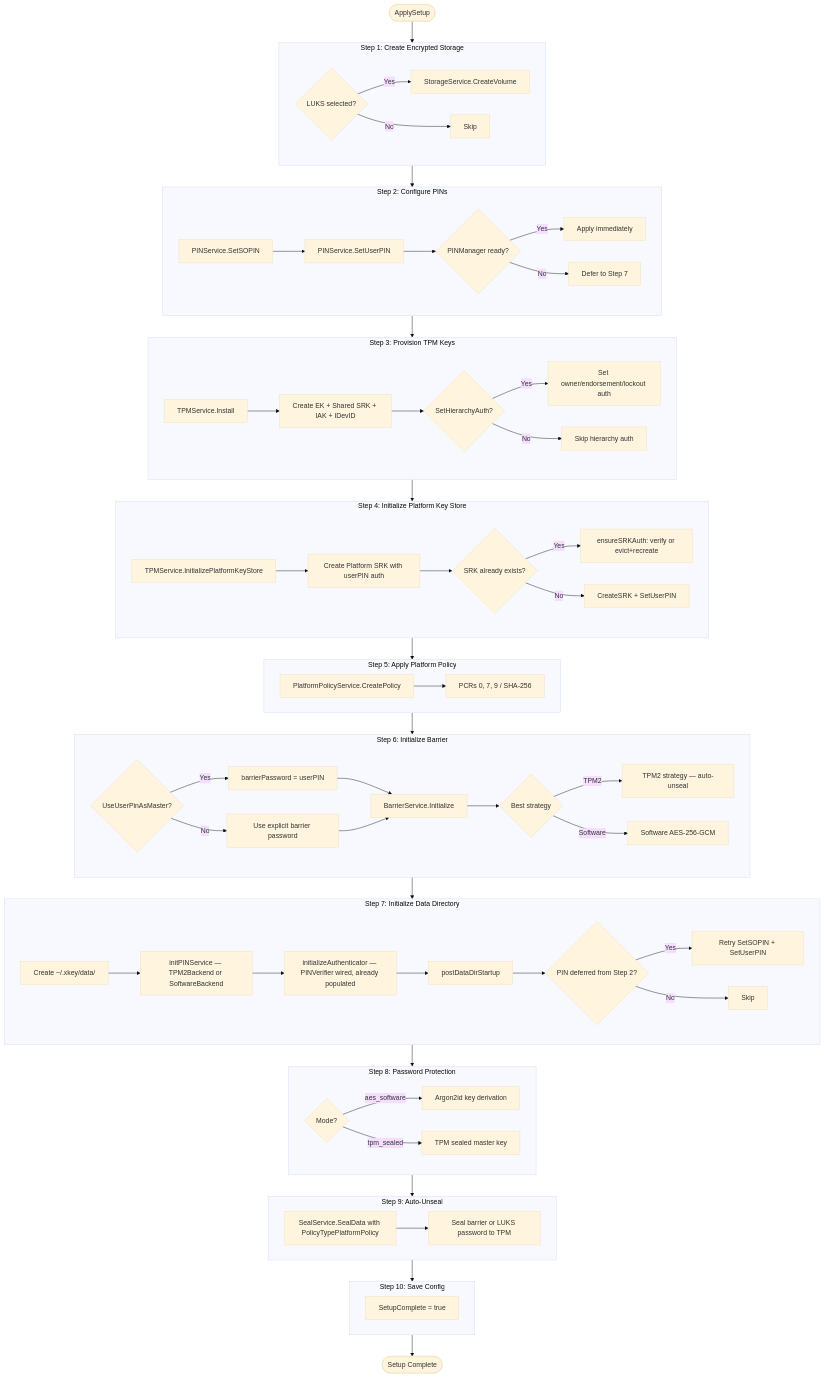
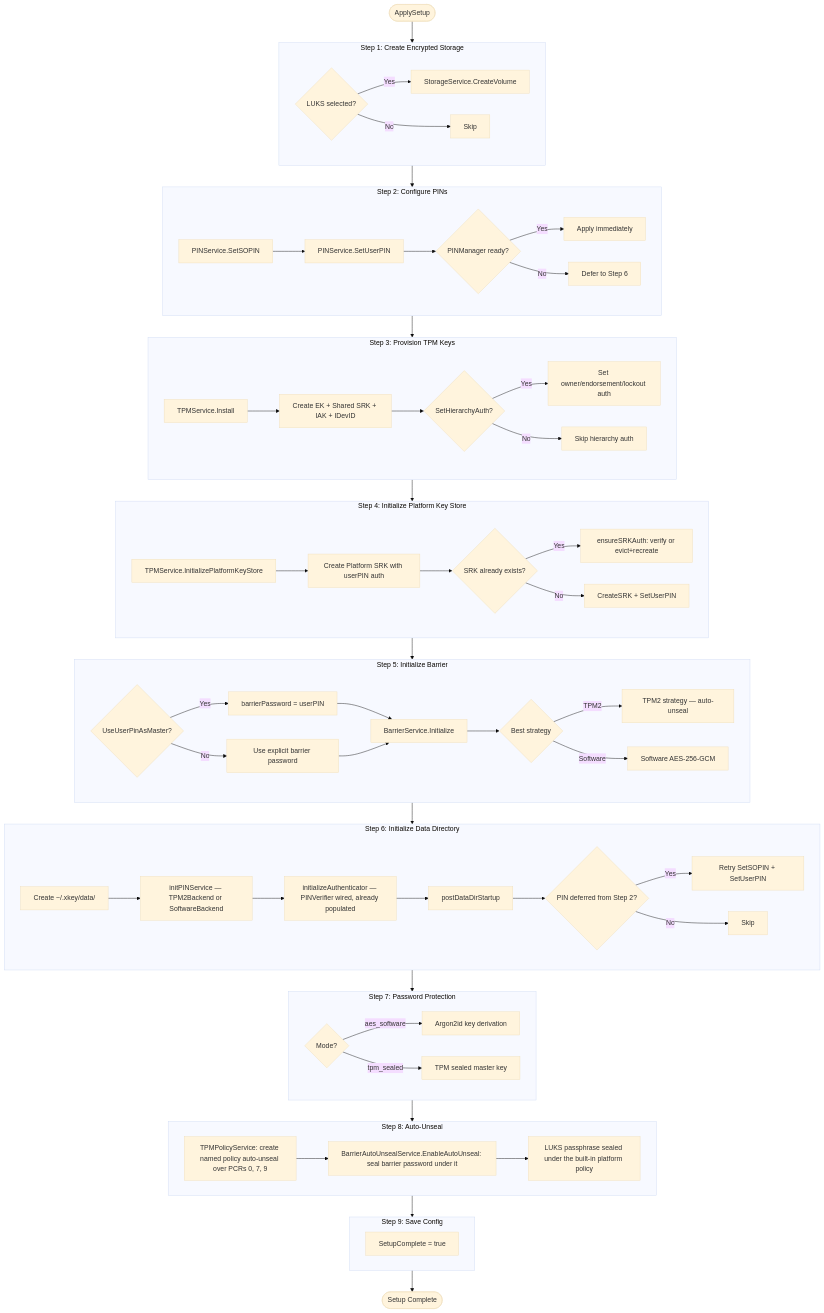
One commit to jeremyhahn/go-xkms changed the first of 5 diagrams in xkey/docs/architecture/setup-and-unlock-flow.md. Above: the diagram before and after it, drawn with Mermaid (base theme). The commit also changed other lines of this file and 157 other files, not shown here.

First line of the commit message:
feat(xkey): TPM policies through the shared service; pcr_policy is gone

````diff
--- a/xkey/docs/architecture/setup-and-unlock-flow.md
+++ b/xkey/docs/architecture/setup-and-unlock-flow.md
@@ -12,73 +12,69 @@
 ```mermaid
 flowchart TD
     START([ApplySetup]) --> S1
 
     subgraph S1["Step 1: Create Encrypted Storage"]
         S1A{LUKS selected?}
         S1A -->|Yes| S1B[StorageService.CreateVolume]
         S1A -->|No| S1C[Skip]
     end
 
     subgraph S2["Step 2: Configure PINs"]
         S2A[PINService.SetSOPIN] --> S2B[PINService.SetUserPIN]
         S2B --> S2C{PINManager ready?}
         S2C -->|Yes| S2D[Apply immediately]
-        S2C -->|No| S2E[Defer to Step 7]
+        S2C -->|No| S2E[Defer to Step 6]
     end
 
     subgraph S3["Step 3: Provision TPM Keys"]
         S3A[TPMService.Install] --> S3B[Create EK + Shared SRK + IAK + IDevID]
         S3B --> S3C{SetHierarchyAuth?}
         S3C -->|Yes| S3D[Set owner/endorsement/lockout auth]
         S3C -->|No| S3E[Skip hierarchy auth]
     end
 
     subgraph S4["Step 4: Initialize Platform Key Store"]
         S4A[TPMService.InitializePlatformKeyStore] --> S4B[Create Platform SRK with userPIN auth]
         S4B --> S4C{SRK already exists?}
         S4C -->|Yes| S4D[ensureSRKAuth: verify or evict+recreate]
         S4C -->|No| S4E[CreateSRK + SetUserPIN]
     end
 
-    subgraph S5["Step 5: Apply Platform Policy"]
-        S5A[PlatformPolicyService.CreatePolicy]
-        S5A --> S5B["PCRs 0, 7, 9 / SHA-256"]
+    subgraph S5["Step 5: Initialize Barrier"]
+        S5A{UseUserPinAsMaster?}
+        S5A -->|Yes| S5B[barrierPassword = userPIN]
+        S5A -->|No| S5C[Use explicit barrier password]
+        S5B & S5C --> S5D[BarrierService.Initialize]
+        S5D --> S5E{Best strategy}
+        S5E -->|TPM2| S5F[TPM2 strategy — auto-unseal]
+        S5E -->|Software| S5G[Software AES-256-GCM]
     end
 
-    subgraph S6["Step 6: Initialize Barrier"]
-        S6A{UseUserPinAsMaster?}
-        S6A -->|Yes| S6B[barrierPassword = userPIN]
-        S6A -->|No| S6C[Use explicit barrier password]
-        S6B & S6C --> S6D[BarrierService.Initialize]
-        S6D --> S6E{Best strategy}
-        S6E -->|TPM2| S6F[TPM2 strategy — auto-unseal]
-        S6E -->|Software| S6G[Software AES-256-GCM]
+    subgraph S6["Step 6: Initialize Data Directory"]
+        S6A["Create ~/.xkey/data/"] --> S6B[initPINService — TPM2Backend or SoftwareBackend]
+        S6B --> S6C[initializeAuthenticator — PINVerifier wired, already populated]
+        S6C --> S6G[postDataDirStartup]
+        S6G --> S6D{PIN deferred from Step 2?}
+        S6D -->|Yes| S6E[Retry SetSOPIN + SetUserPIN]
+        S6D -->|No| S6F[Skip]
     end
 
-    subgraph S7["Step 7: Initialize Data Directory"]
-        S7A["Create ~/.xkey/data/"] --> S7B[initPINService — TPM2Backend or SoftwareBackend]
-        S7B --> S7C[initializeAuthenticator — PINVerifier wired, already populated]
-        S7C --> S7G[postDataDirStartup]
-        S7G --> S7D{PIN deferred from Step 2?}
-        S7D -->|Yes| S7E[Retry SetSOPIN + SetUserPIN]
-        S7D -->|No| S7F[Skip]
+    subgraph S7["Step 7: Password Protection"]
+        S7A{Mode?}
+        S7A -->|aes_software| S7B[Argon2id key derivation]
+        S7A -->|tpm_sealed| S7C[TPM sealed master key]
     end
 
-    subgraph S8["Step 8: Password Protection"]
-        S8A{Mode?}
-        S8A -->|aes_software| S8B[Argon2id key derivation]
-        S8A -->|tpm_sealed| S8C[TPM sealed master key]
+    subgraph S8["Step 8: Auto-Unseal"]
+        S8A[TPMPolicyService: create named policy auto-unseal over PCRs 0, 7, 9]
+        S8A --> S8B[BarrierAutoUnsealService.EnableAutoUnseal: seal barrier password under it]
+        S8B --> S8C[LUKS passphrase sealed under the built-in platform policy]
     end
 
-    subgraph S9["Step 9: Auto-Unseal"]
-        S9A[SealService.SealData with PolicyTypePlatformPolicy]
-        S9A --> S9B[Seal barrier or LUKS password to TPM]
+    subgraph S9["Step 9: Save Config"]
+        S9A[SetupComplete = true]
     end
 
-    subgraph S10["Step 10: Save Config"]
-        S10A[SetupComplete = true]
-    end
-
-    S1 --> S2 --> S3 --> S4 --> S5 --> S6 --> S7 --> S8 --> S9 --> S10
-    S10 --> DONE([Setup Complete])
+    S1 --> S2 --> S3 --> S4 --> S5 --> S6 --> S7 --> S8 --> S9
+    S9 --> DONE([Setup Complete])
 ```
````
